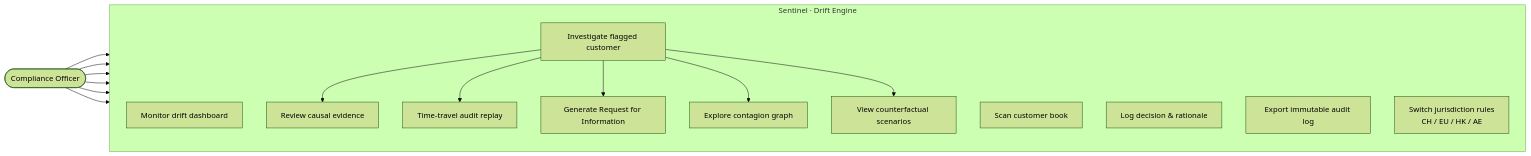
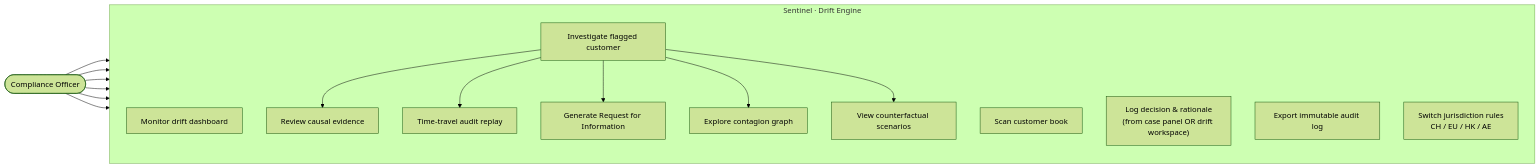
Before and after one commit to SteveDok22/Swisshacks-2026: the second of 6 diagrams in docs/flows.md, drawn with Mermaid (forest theme). The commit also changed other lines of this file and 3 other files, not shown here.

First line of the commit message:
docs: update api, db-schema, flows, and challenge overview for customer_id decisions

````diff
--- a/docs/flows.md
+++ b/docs/flows.md
@@ -48,31 +48,31 @@
 ```mermaid
 flowchart LR
     Officer(["Compliance Officer"])
 
     subgraph Sentinel["Sentinel · Drift Engine"]
         direction TB
         UC1[Monitor drift dashboard]
         UC2[Scan customer book]
         UC3[Investigate flagged customer]
         UC4[Review causal evidence]
         UC5[Time-travel audit replay]
         UC6[Generate Request for Information]
-        UC7[Log decision & rationale]
+        UC7["Log decision & rationale\n(from case panel OR drift workspace)"]
         UC8[Export immutable audit log]
         UC9["Switch jurisdiction rules\nCH / EU / HK / AE"]
         UC10[Explore contagion graph]
         UC11[View counterfactual scenarios]
     end
 
     Officer --> UC1
     Officer --> UC2
     Officer --> UC3
     Officer --> UC7
     Officer --> UC8
     Officer --> UC9
     UC3 --> UC4
     UC3 --> UC5
     UC3 --> UC6
     UC3 --> UC10
     UC3 --> UC11
 ```
````
